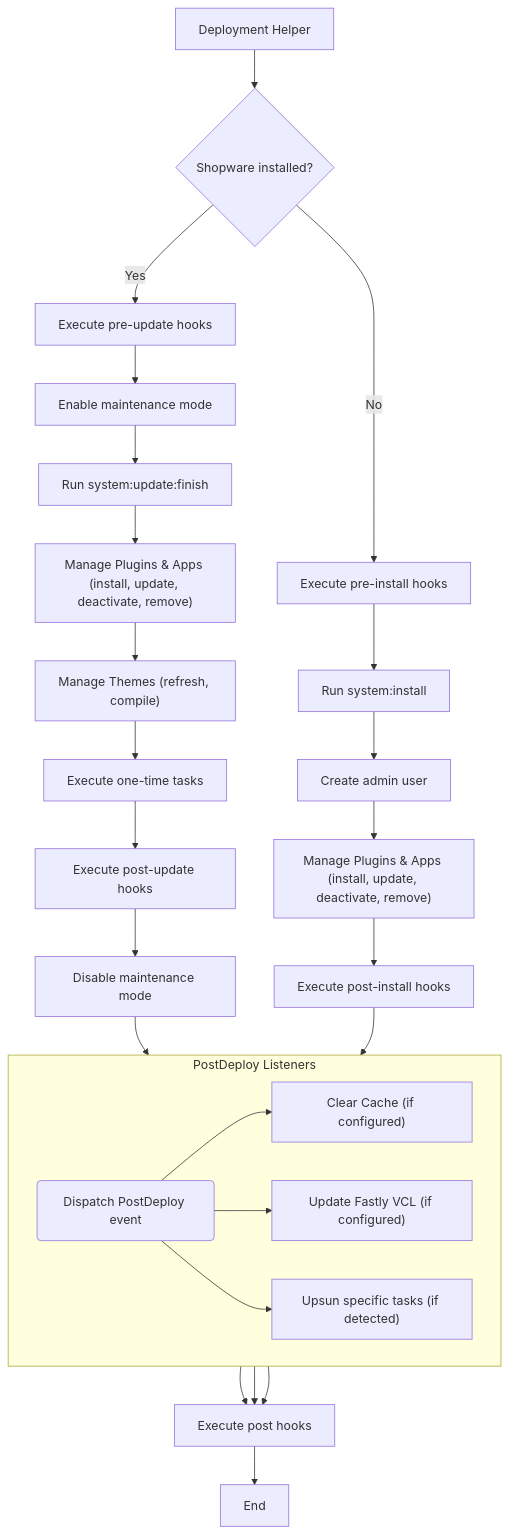
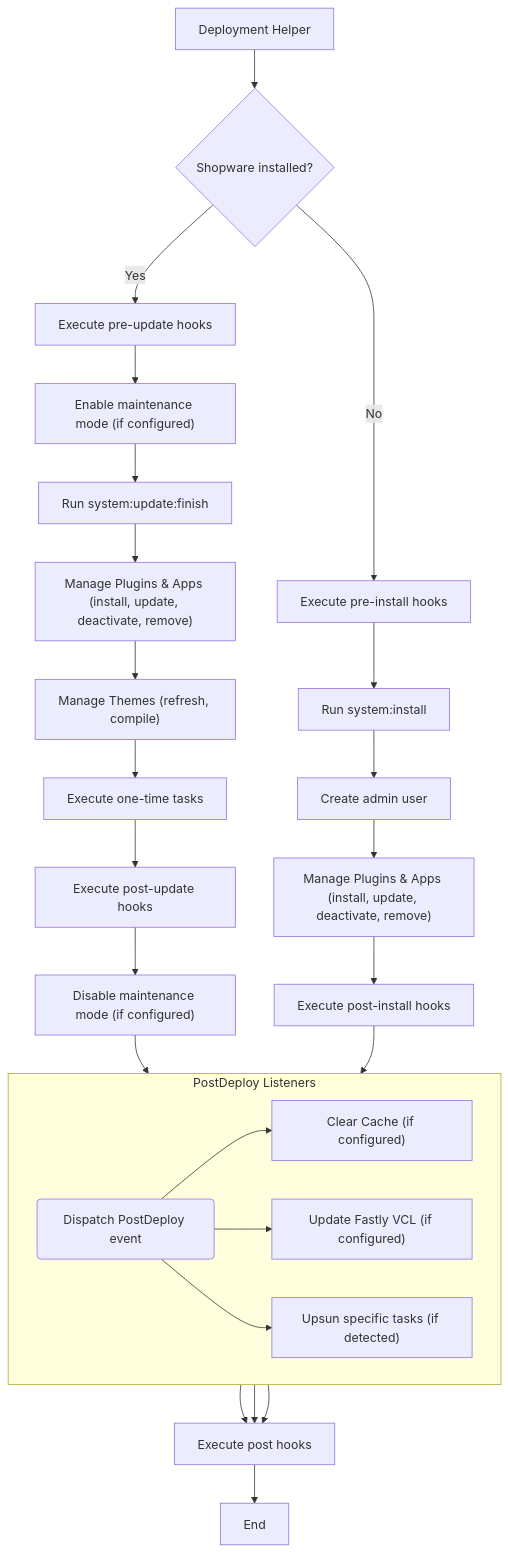
The diagram in guides/hosting/installation-updates/deployments/deployment-helper.md (shopware/docs), drawn with Mermaid before and after one commit. The commit also changed other lines of this file, not shown here.

First line of the commit message:
docs(deployment-helper): fix env var names, execution flow, and add missing config

````diff
--- a/guides/hosting/installation-updates/deployments/deployment-helper.md
+++ b/guides/hosting/installation-updates/deployments/deployment-helper.md
@@ -42,35 +68,35 @@
 ```mermaid
 
 graph TD
     A[Deployment Helper] --> B{Shopware installed?};
     B -- Yes --> E[Execute pre-update hooks];
     B -- No --> N[Execute pre-install hooks];
 
-    E --> F[Enable maintenance mode];
+    E --> F["Enable maintenance mode (if configured)"];
     F --> G[Run system:update:finish];
     G --> H["Manage Plugins & Apps (install, update, deactivate, remove)"];
     H --> I["Manage Themes (refresh, compile)"];
     I --> J[Execute one-time tasks];
     J --> K[Execute post-update hooks];
-    K --> L[Disable maintenance mode];
+    K --> L["Disable maintenance mode (if configured)"];
     L --> M(Dispatch PostDeploy event);
 
     N --> O[Run system:install];
     O --> P[Create admin user];
     P --> R["Manage Plugins & Apps (install, update, deactivate, remove)"];
     R --> S[Execute post-install hooks];
     S --> M;
 
     subgraph PostDeploy Listeners
         direction LR
         M --> M1["Clear Cache (if configured)"];
         M --> M2["Update Fastly VCL (if configured)"];
         M --> M3["Upsun specific tasks (if detected)"];
     end
 
     M1 --> T[Execute post hooks];
     M2 --> T;
     M3 --> T;
 
     T --> U[End];
 ```
````
